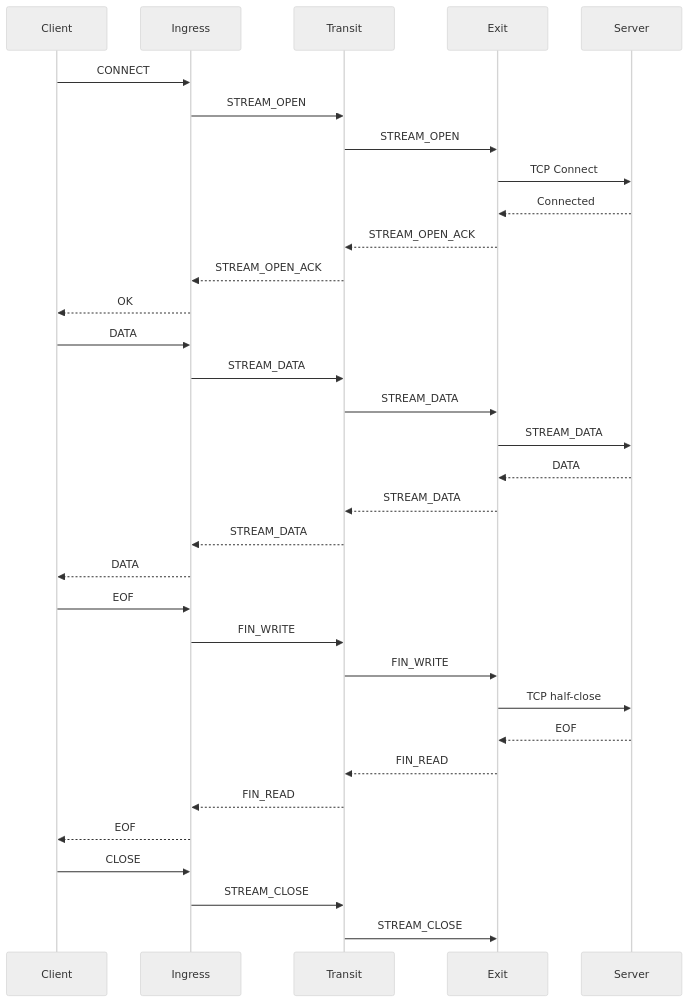
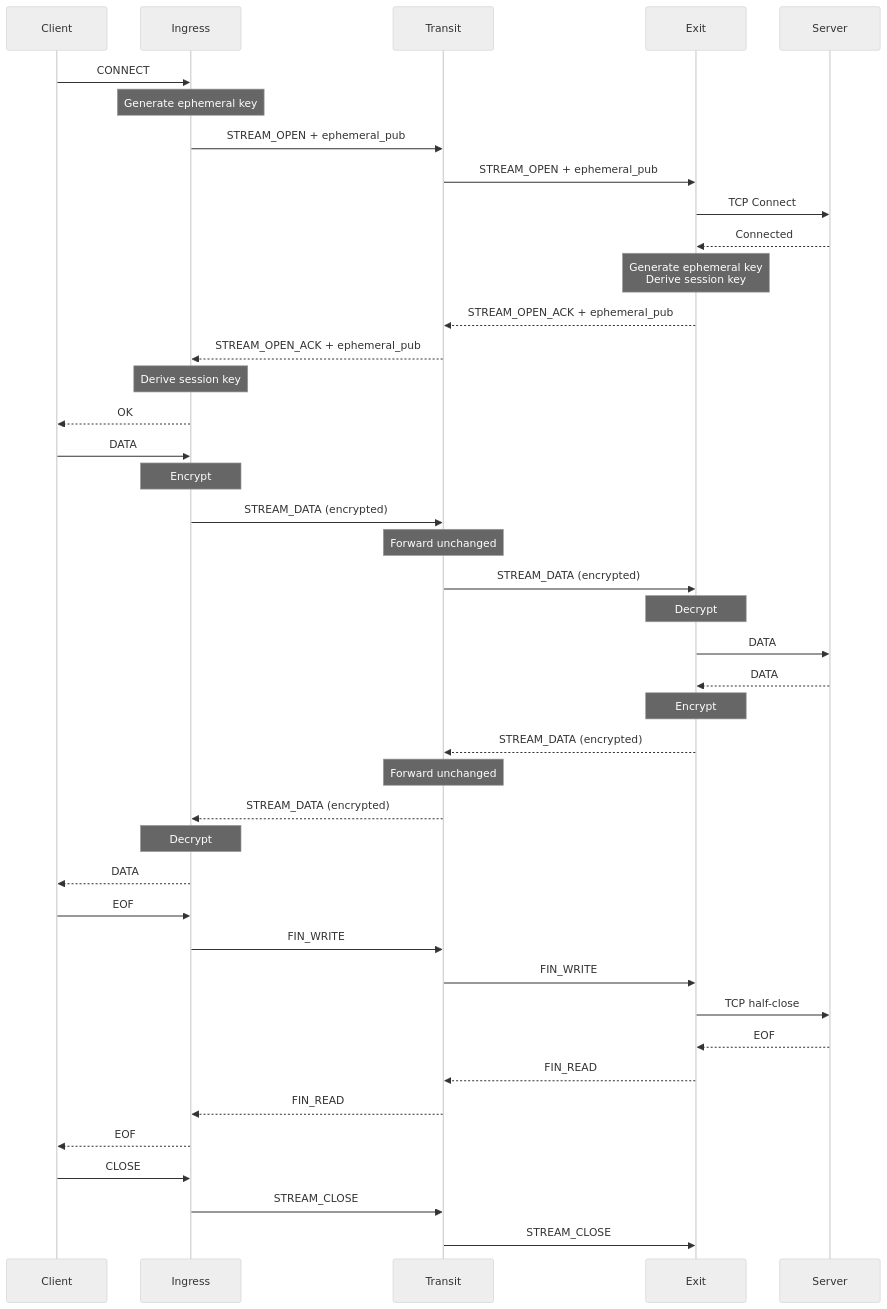
One commit to postalsys/Muti-Metroo changed the first of 5 diagrams in docs/docs/concepts/streams.md. Above: the diagram before and after it, drawn with Mermaid (neutral theme). The commit also changed other lines of this file and 27 other files, not shown here.

````diff
--- a/docs/docs/concepts/streams.md
+++ b/docs/docs/concepts/streams.md
@@ -25,41 +26,50 @@
 ```mermaid
 sequenceDiagram
     participant Client
     participant Ingress
     participant Transit
     participant Exit
     participant Server
 
     Client->>Ingress: CONNECT
-    Ingress->>Transit: STREAM_OPEN
-    Transit->>Exit: STREAM_OPEN
+    Note over Ingress: Generate ephemeral key
+    Ingress->>Transit: STREAM_OPEN + ephemeral_pub
+    Transit->>Exit: STREAM_OPEN + ephemeral_pub
     Exit->>Server: TCP Connect
     Server-->>Exit: Connected
-    Exit-->>Transit: STREAM_OPEN_ACK
-    Transit-->>Ingress: STREAM_OPEN_ACK
+    Note over Exit: Generate ephemeral key<br/>Derive session key
+    Exit-->>Transit: STREAM_OPEN_ACK + ephemeral_pub
+    Transit-->>Ingress: STREAM_OPEN_ACK + ephemeral_pub
+    Note over Ingress: Derive session key
     Ingress-->>Client: OK
 
     Client->>Ingress: DATA
-    Ingress->>Transit: STREAM_DATA
-    Transit->>Exit: STREAM_DATA
-    Exit->>Server: STREAM_DATA
+    Note over Ingress: Encrypt
+    Ingress->>Transit: STREAM_DATA (encrypted)
+    Note over Transit: Forward unchanged
+    Transit->>Exit: STREAM_DATA (encrypted)
+    Note over Exit: Decrypt
+    Exit->>Server: DATA
 
     Server-->>Exit: DATA
-    Exit-->>Transit: STREAM_DATA
-    Transit-->>Ingress: STREAM_DATA
+    Note over Exit: Encrypt
+    Exit-->>Transit: STREAM_DATA (encrypted)
+    Note over Transit: Forward unchanged
+    Transit-->>Ingress: STREAM_DATA (encrypted)
+    Note over Ingress: Decrypt
     Ingress-->>Client: DATA
 
     Client->>Ingress: EOF
     Ingress->>Transit: FIN_WRITE
     Transit->>Exit: FIN_WRITE
     Exit->>Server: TCP half-close
 
     Server-->>Exit: EOF
     Exit-->>Transit: FIN_READ
     Transit-->>Ingress: FIN_READ
     Ingress-->>Client: EOF
 
     Client->>Ingress: CLOSE
     Ingress->>Transit: STREAM_CLOSE
     Transit->>Exit: STREAM_CLOSE
 ```
````
